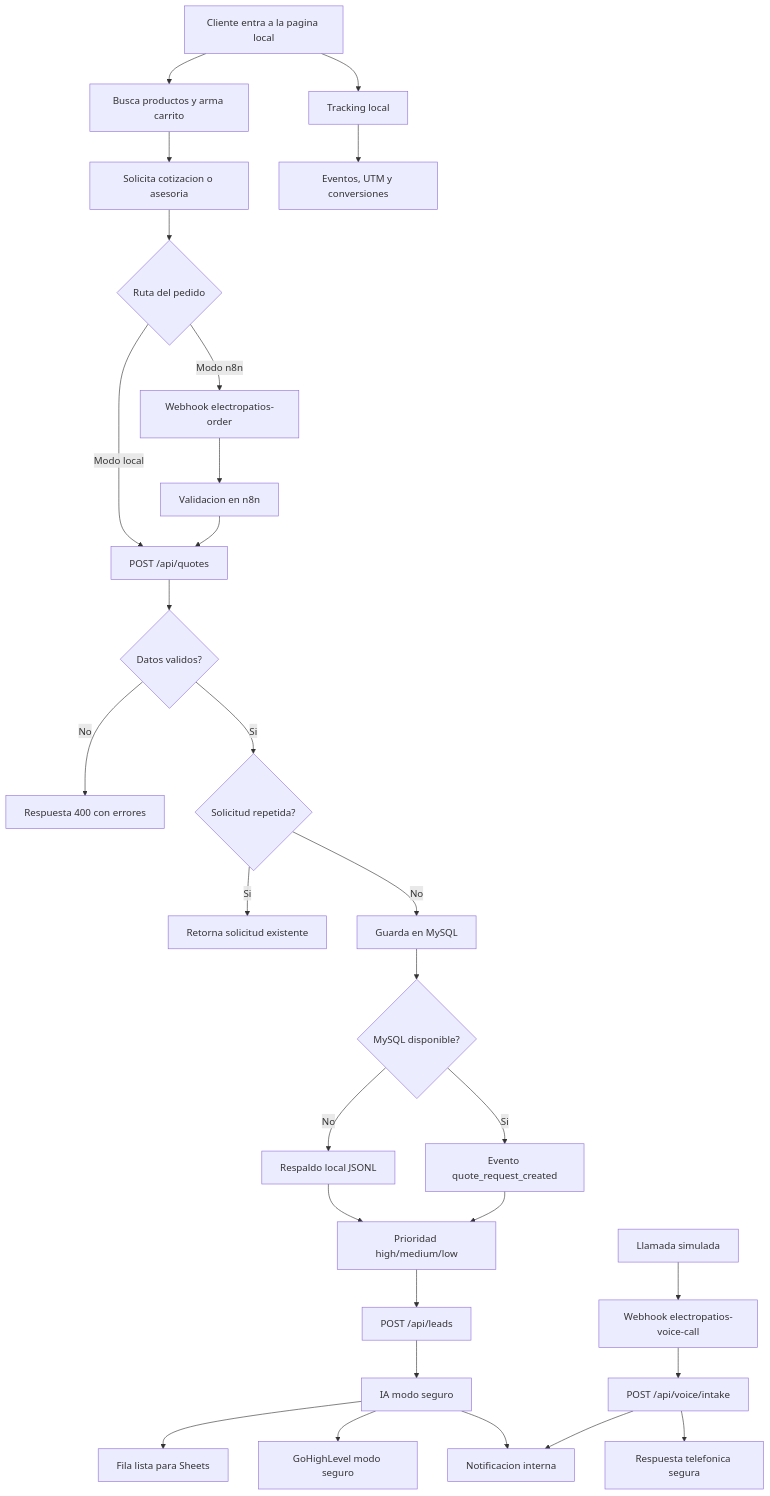
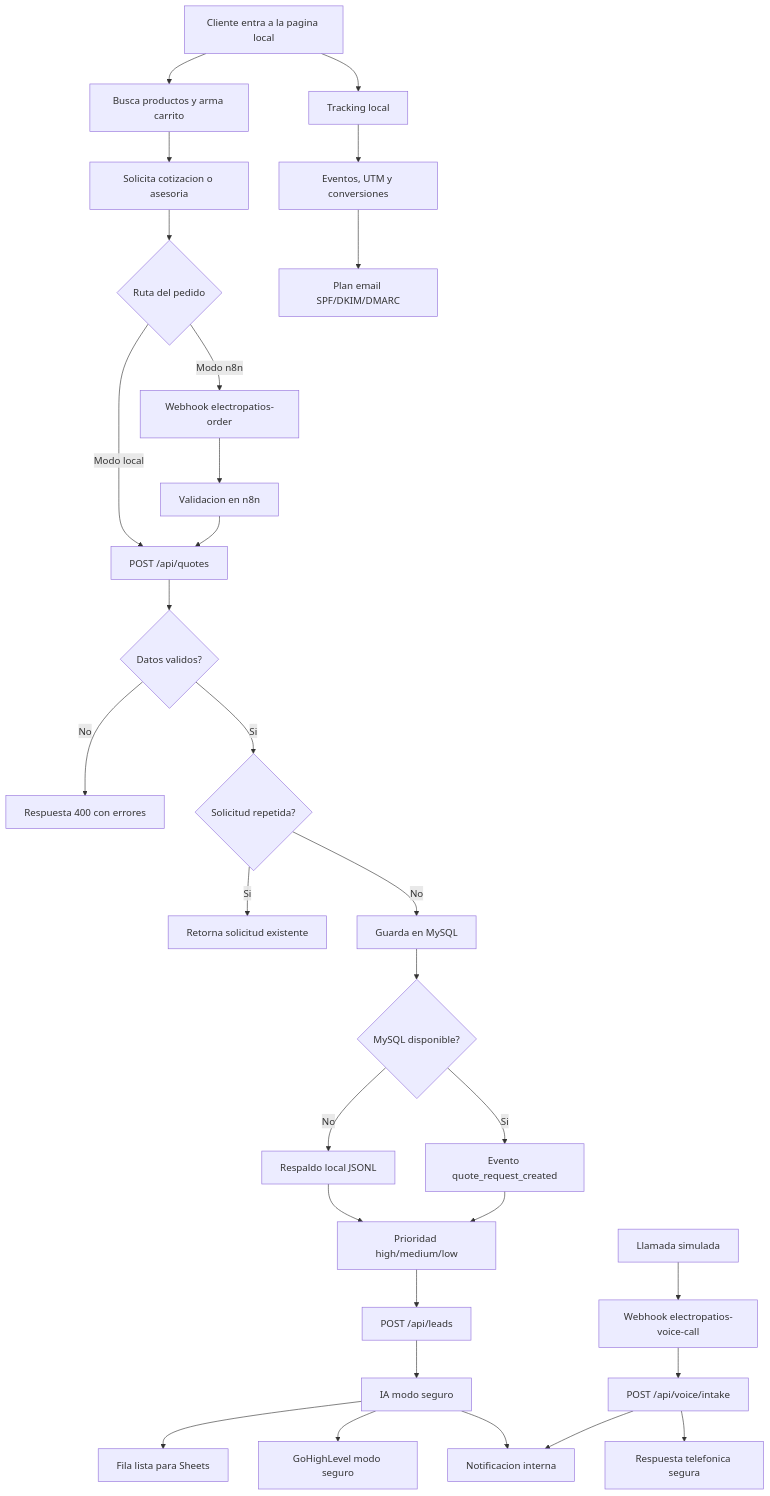
Before and after one commit to deyson24ivan/electropatios-quote-system: the diagram in docs/architecture.md, drawn with Mermaid. The commit also changed other lines of this file and 10 other files, not shown here.

````diff
--- a/docs/architecture.md
+++ b/docs/architecture.md
@@ -7,31 +7,32 @@
 ```mermaid
 flowchart TD
   A["Cliente entra a la pagina local"] --> B["Busca productos y arma carrito"]
   B --> C["Solicita cotizacion o asesoria"]
   C --> D{"Ruta del pedido"}
   D -- "Modo local" --> E["POST /api/quotes"]
   D -- "Modo n8n" --> F["Webhook electropatios-order"]
   F --> G["Validacion en n8n"]
   G --> E
   E --> H{"Datos validos?"}
   H -- "No" --> I["Respuesta 400 con errores"]
   H -- "Si" --> J{"Solicitud repetida?"}
   J -- "Si" --> K["Retorna solicitud existente"]
   J -- "No" --> L["Guarda en MySQL"]
   L --> M{"MySQL disponible?"}
   M -- "No" --> N["Respaldo local JSONL"]
   M -- "Si" --> O["Evento quote_request_created"]
   N --> P["Prioridad high/medium/low"]
   O --> P
   P --> Q["POST /api/leads"]
   Q --> R["IA modo seguro"]
   R --> S["Fila lista para Sheets"]
   R --> T["GoHighLevel modo seguro"]
   R --> U["Notificacion interna"]
   A --> Z["Tracking local"]
   Z --> AA["Eventos, UTM y conversiones"]
+  AA --> AB["Plan email SPF/DKIM/DMARC"]
   V["Llamada simulada"] --> W["Webhook electropatios-voice-call"]
   W --> X["POST /api/voice/intake"]
   X --> Y["Respuesta telefonica segura"]
   X --> U
 ```
````
